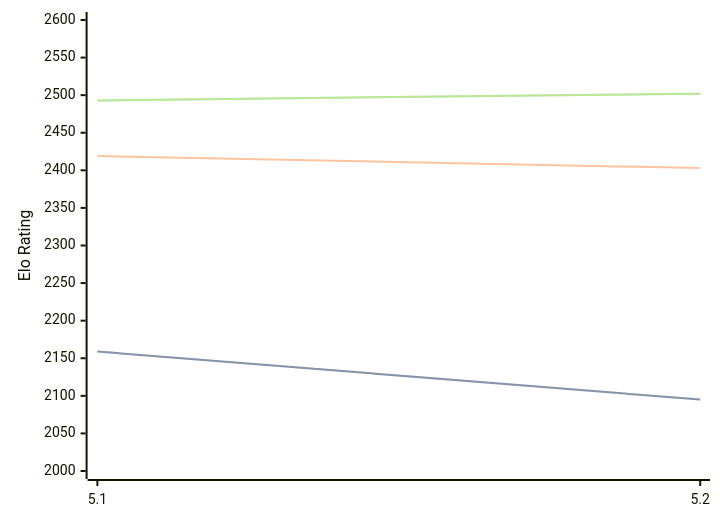
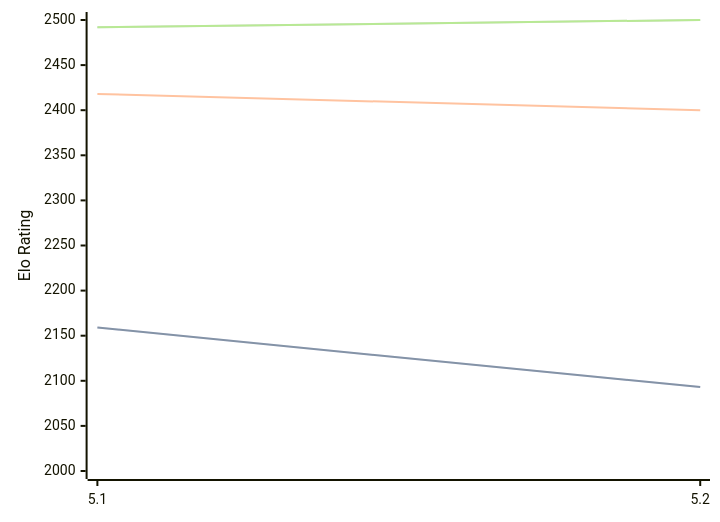
One commit to computer-chess-index/cci changed the diagram in engines/Prophet.md. Above: the diagram before and after it, drawn with Mermaid. The commit also changed other lines of this file, not shown here.

Commit message:
Update CCI Ratings (ELO VLTC) - 2026-06-07

````diff
--- a/engines/Prophet.md
+++ b/engines/Prophet.md
@@ -38,11 +38,11 @@
 ```mermaid
 %%{init: {"theme":"base","themeVariables":{"seriesColors:['#a3a3a3','#222221','#faa371']}}}%%
 xychart-beta
   x-axis ["5.1", "5.2"]
-  y-axis "Elo Rating" 2000 --> 2600
-  line "STC (8.0+0.08s)" [2159, 2095]
-  line "STC (8.0+0.08s)" [2159, 2095]
-  line "LTC (60.0+0.60s)" [2419, 2403]
-  line "VLTC (2m24s+1.12s)" [2493, 2502]
-  line "VLTC (2m24s+1.12s)" [2493, 2502]
+  y-axis "Elo Rating" 2000 --> 2500
+  line "STC (8.0+0.08s)" [2159, 2093]
+  line "STC (8.0+0.08s)" [2159, 2093]
+  line "LTC (60.0+0.60s)" [2418, 2400]
+  line "VLTC (2m24s+1.12s)" [2492, 2500]
+  line "VLTC (2m24s+1.12s)" [2492, 2500]
 ```
````
